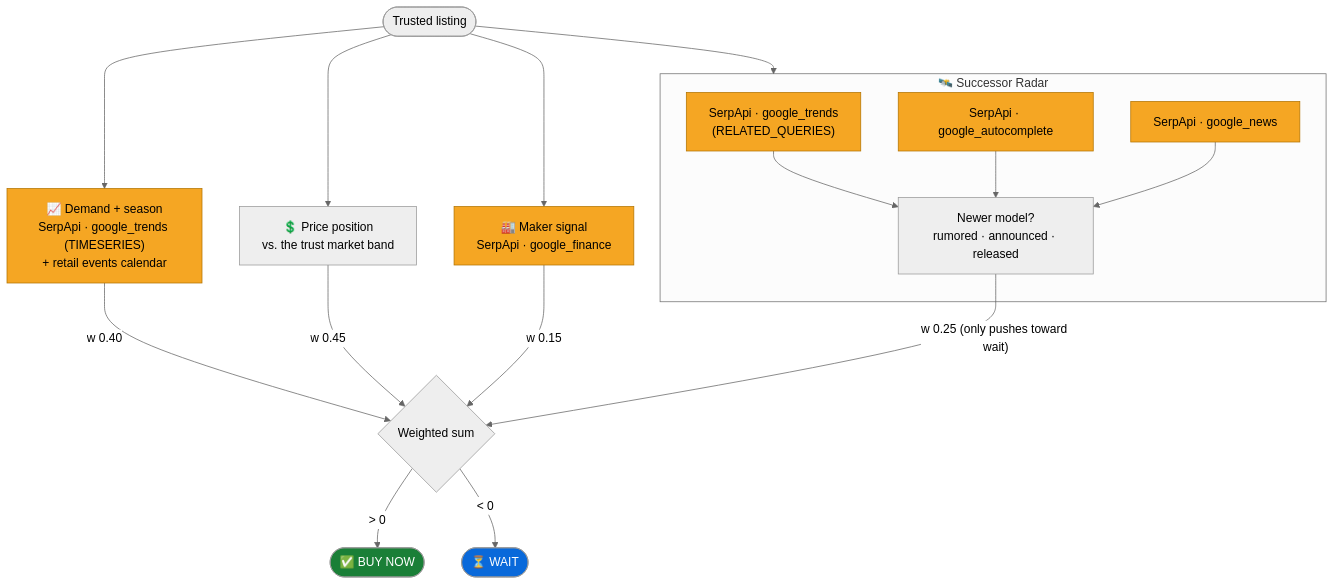
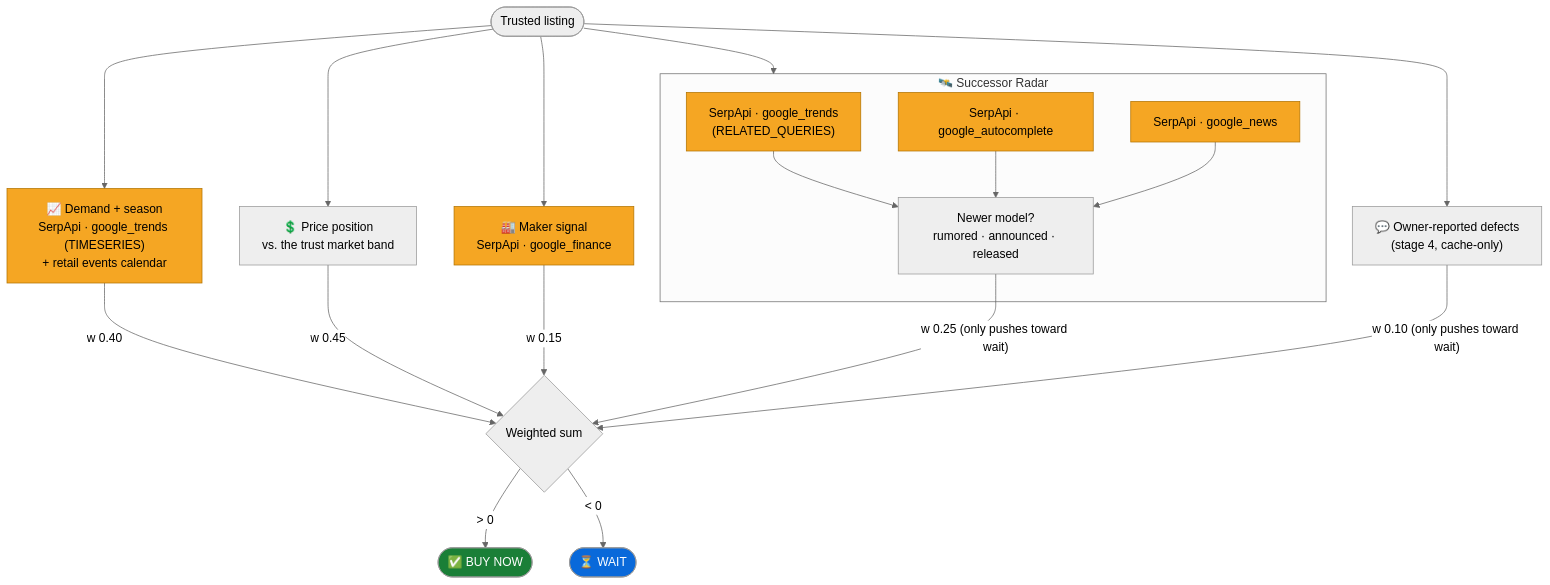
The fourth of 6 diagrams in README.md (YashIIT0909/Clarity), drawn with Mermaid (neutral theme) before and after one commit. The commit also changed other lines of this file and 11 other files, not shown here.

````diff
--- a/README.md
+++ b/README.md
@@ -207,27 +214,29 @@
 ```mermaid
 flowchart TD
-    OK(["Trusted listing"]) --> D & PP & MK & LC
+    OK(["Trusted listing"]) --> D & PP & MK & LC & OW
 
     D["📈 Demand + season<br/>SerpApi · google_trends (TIMESERIES)<br/>+ retail events calendar"]
     PP["💲 Price position<br/>vs. the trust market band"]
     MK["🏭 Maker signal<br/>SerpApi · google_finance"]
+    OW["💬 Owner-reported defects<br/>(stage 4, cache-only)"]
 
     subgraph LC["🛰️ Successor Radar"]
         TR["SerpApi · google_trends<br/>(RELATED_QUERIES)"]
         AC["SerpApi · google_autocomplete"]
         GN["SerpApi · google_news"]
         TR & AC & GN --> RS["Newer model?<br/>rumored · announced · released"]
     end
 
     D -- "w 0.40" --> SUM
     PP -- "w 0.45" --> SUM
     MK -- "w 0.15" --> SUM
     RS -- "w 0.25 (only pushes toward wait)" --> SUM
+    OW -- "w 0.10 (only pushes toward wait)" --> SUM
     SUM{"Weighted sum"} -- "> 0" --> B(["✅ BUY NOW"])
     SUM -- "< 0" --> WT(["⏳ WAIT"])
 
     classDef serp fill:#f5a623,stroke:#b37400,color:#000
     class D,MK,TR,AC,GN serp
     style B fill:#1a7f37,color:#fff
     style WT fill:#0969da,color:#fff
 ```
````
